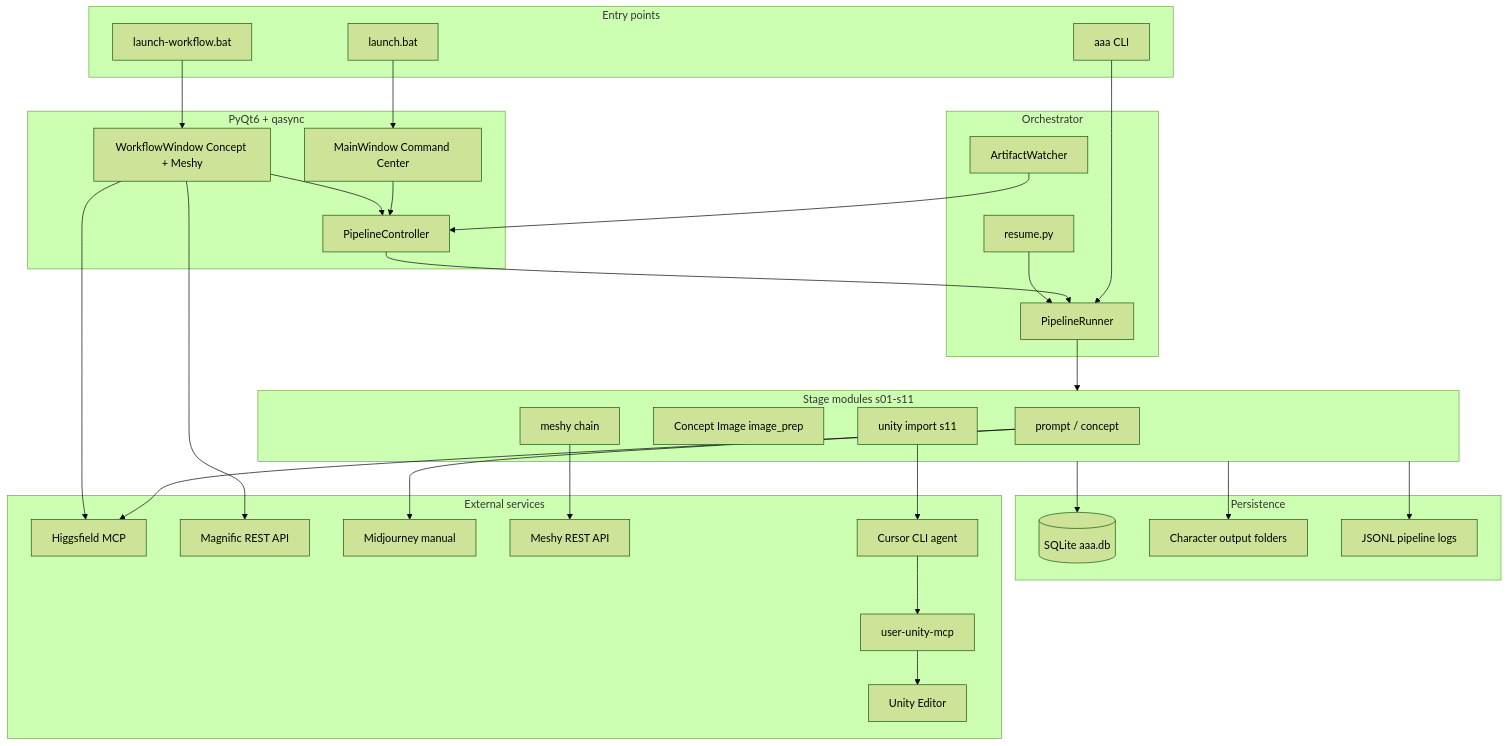
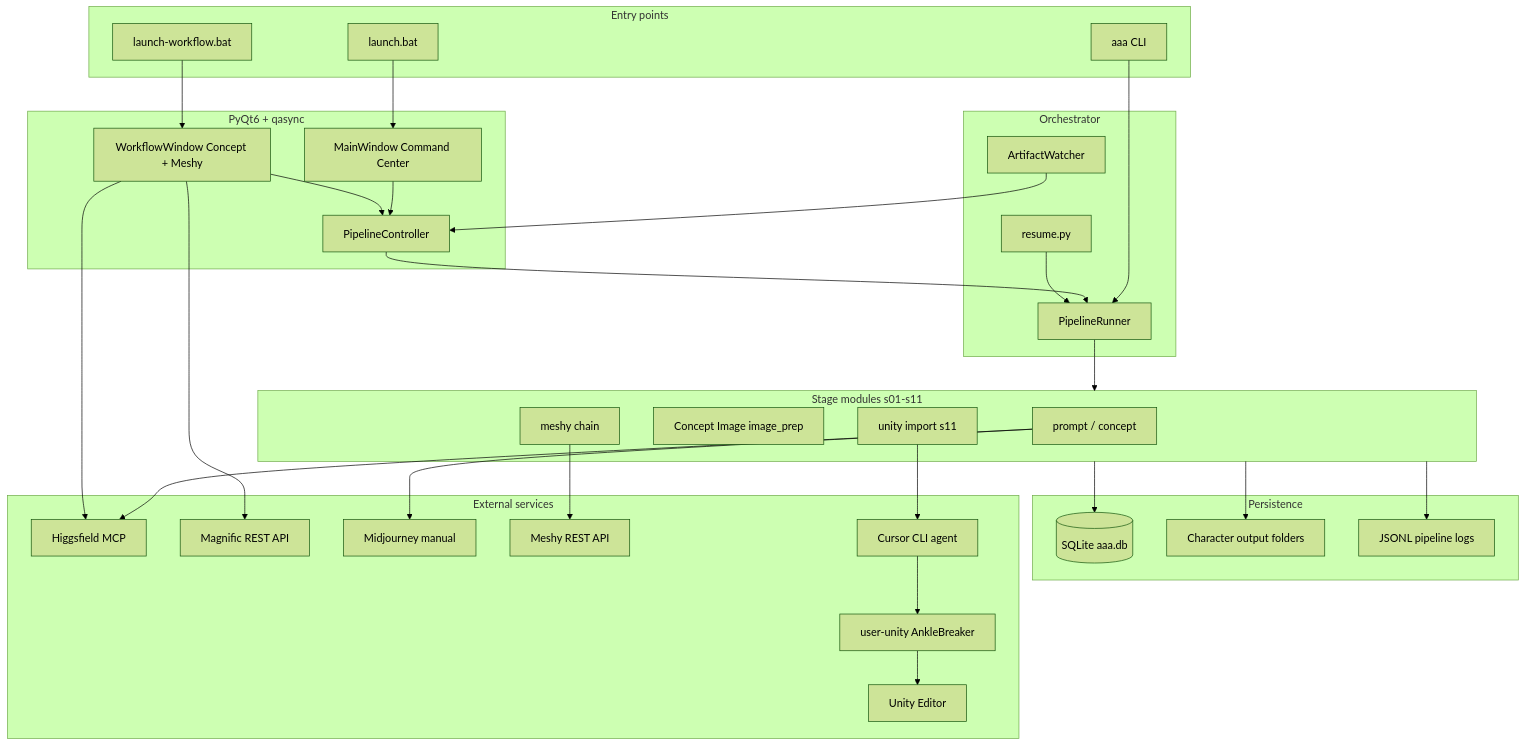
The second of 7 diagrams in README.md (EazyTom/asset-assembly-automator), drawn with Mermaid (forest theme) before and after one commit. The commit also changed other lines of this file and 68 other files, not shown here.

Commit message:
v2.0.2 - characters, aircraft and vehicles - auto rigging aircraft and characters to work in Unity scene using scripts and MCP

````diff
--- a/README.md
+++ b/README.md
@@ -69,56 +97,56 @@
 ```mermaid
 flowchart TB
     subgraph entry [Entry points]
         LB[launch.bat]
         LWF[launch-workflow.bat]
         CLI[aaa CLI]
     end
     subgraph gui [PyQt6 + qasync]
         MW[MainWindow Command Center]
         WW[WorkflowWindow Concept + Meshy]
         PC[PipelineController]
     end
     subgraph orch [Orchestrator]
         PR[PipelineRunner]
         RS[resume.py]
         AW[ArtifactWatcher]
     end
     subgraph stages [Stage modules s01-s11]
         S1[prompt / concept]
         S2[Concept Image image_prep]
         S3[meshy chain]
         S4[unity import s11]
     end
     subgraph data [Persistence]
         DB[(SQLite aaa.db)]
         OUT[Character output folders]
         LOG[JSONL pipeline logs]
     end
     subgraph external [External services]
         HF[Higgsfield MCP]
         MAG[Magnific REST API]
         MJ[Midjourney manual]
         MS[Meshy REST API]
         CUR[Cursor CLI agent]
-        UMC[user-unity-mcp]
+        UMC[user-unity AnkleBreaker]
         UE[Unity Editor]
     end
     LB --> MW
     LWF --> WW
     CLI --> PR
     MW --> PC
     WW --> PC
     PC --> PR
     PR --> stages
     stages --> DB
     stages --> OUT
     stages --> LOG
     S1 --> HF
     WW --> HF
     WW --> MAG
     S1 --> MJ
     S3 --> MS
     S4 --> CUR --> UMC --> UE
     AW --> PC
     RS --> PR
 ```
````
